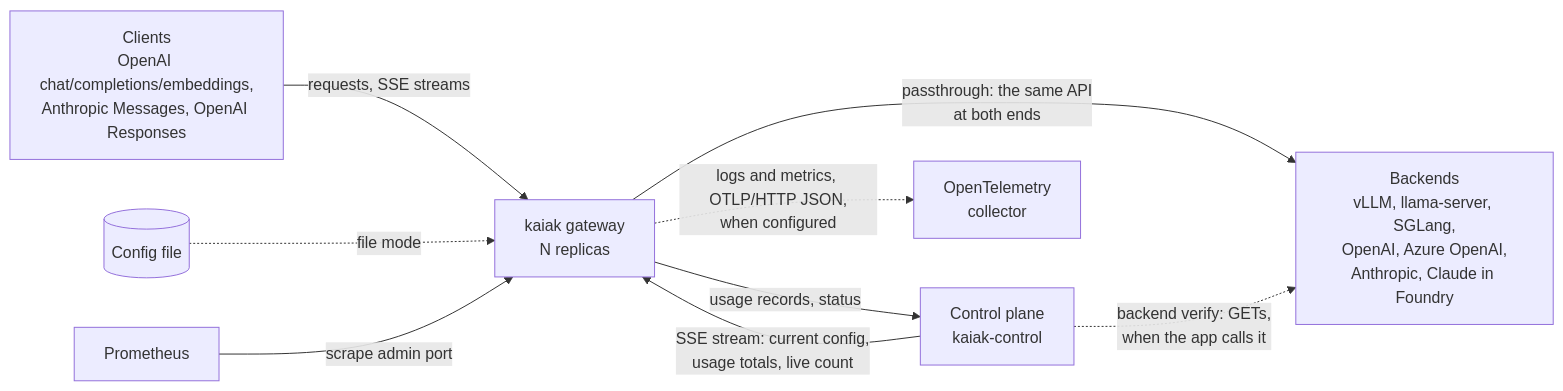
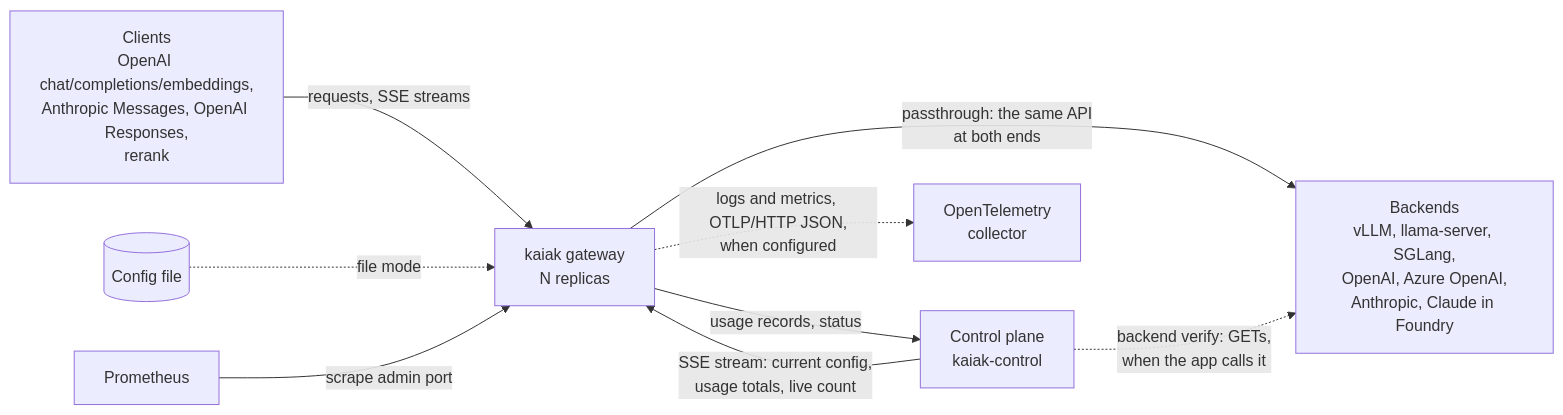
The first of 3 diagrams in docs/ARCHITECTURE.md (acdtrx/kaiak), drawn with Mermaid before and after one commit. The commit also changed other lines of this file and 16 other files, not shown here.

````diff
--- a/docs/ARCHITECTURE.md
+++ b/docs/ARCHITECTURE.md
@@ -25,11 +25,11 @@
 ```mermaid
 flowchart LR
-    client[Clients<br/>OpenAI chat/completions/embeddings,<br/>Anthropic Messages, OpenAI Responses] -->|requests, SSE streams| gw[kaiak gateway<br/>N replicas]
+    client[Clients<br/>OpenAI chat/completions/embeddings,<br/>Anthropic Messages, OpenAI Responses,<br/>rerank] -->|requests, SSE streams| gw[kaiak gateway<br/>N replicas]
     gw -->|passthrough: the same API<br/>at both ends| be[Backends<br/>vLLM, llama-server, SGLang,<br/>OpenAI, Azure OpenAI,<br/>Anthropic, Claude in Foundry]
     cp[Control plane<br/>kaiak-control] -->|SSE stream: current config,<br/>usage totals, live count| gw
     gw -->|usage records, status| cp
     cp -.->|backend verify: GETs,<br/>when the app calls it| be
     file[(Config file)] -.->|file mode| gw
     prom[Prometheus] -->|scrape admin port| gw
     gw -.->|logs and metrics, OTLP/HTTP JSON,<br/>when configured| otel[OpenTelemetry<br/>collector]
 ```
````
